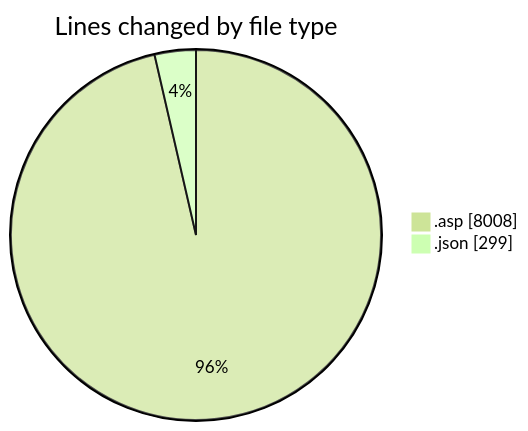
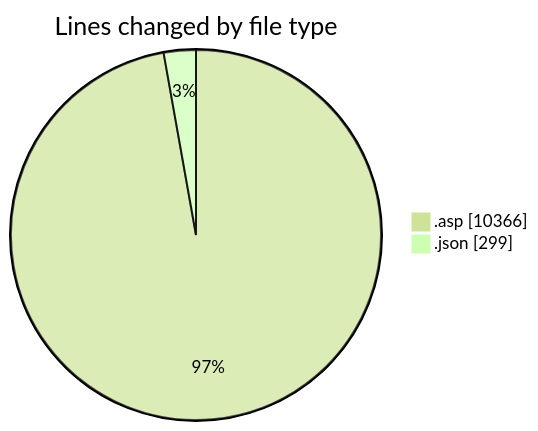
One commit to julien-gomy/code-tracking changed the first of 2 diagrams in 2025-11-15/usr_aleoudev_fr__workspace_/README.md. Above: the diagram before and after it, drawn with Mermaid (forest theme). The commit also changed other lines of this file and 1 other file, not shown here.

````diff
--- a/2025-11-15/usr_aleoudev_fr__workspace_/README.md
+++ b/2025-11-15/usr_aleoudev_fr__workspace_/README.md
@@ -27,6 +28,6 @@
 ```mermaid
 pie showData
 title Lines changed by file type
-".asp" : 8008
+".asp" : 10366
 ".json" : 299
 ```
````
